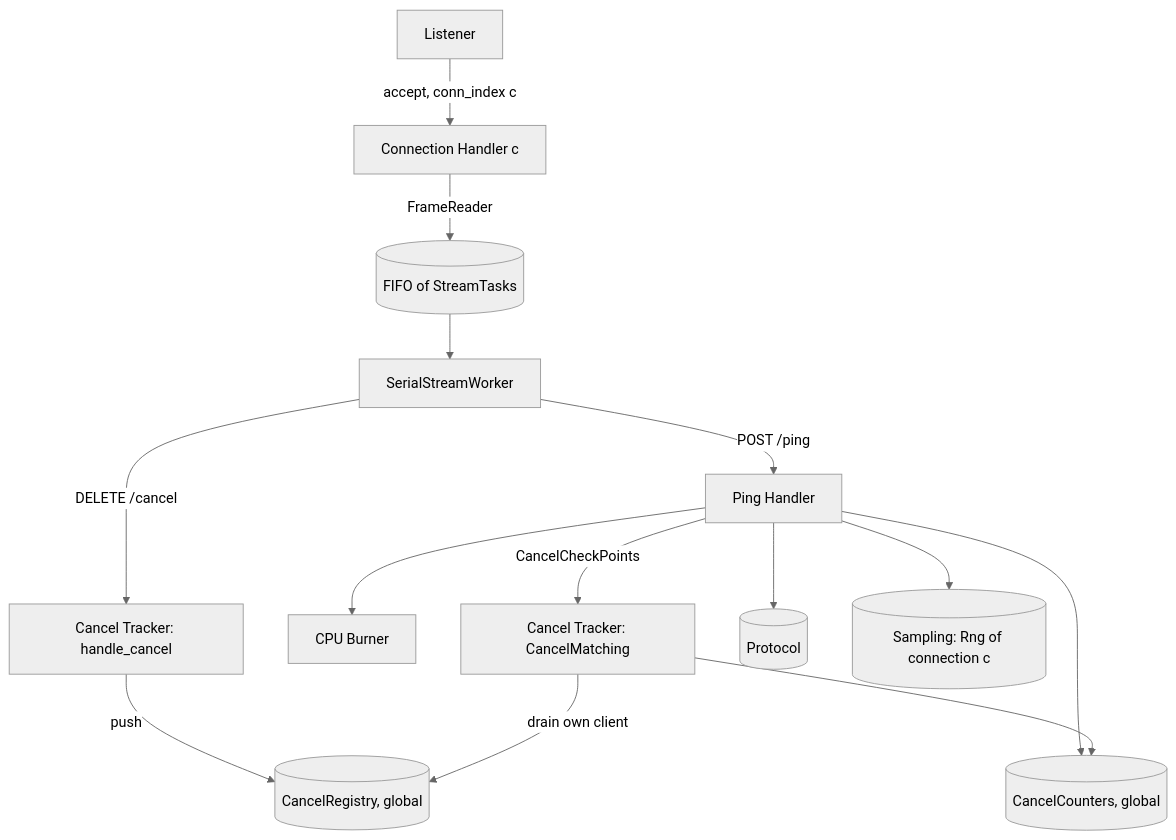
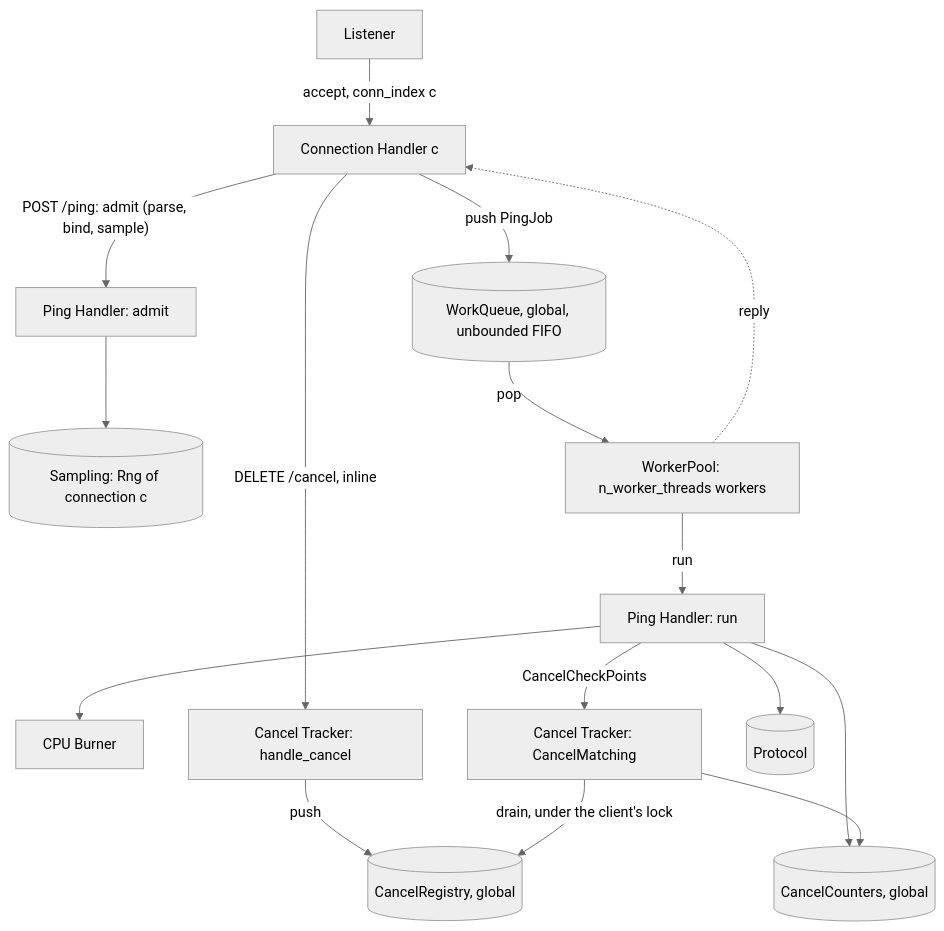
The diagram in abstraction/server/design.md (grapheo12/metastability-cancellation), drawn with Mermaid (neutral theme) before and after one commit. The commit also changed other lines of this file and 11 other files, not shown here.

First line of the commit message:
[spec] Server: shared WorkQueue and WorkerPool

````diff
--- a/abstraction/server/design.md
+++ b/abstraction/server/design.md
@@ -5,16 +5,18 @@
 ```mermaid
 flowchart TD
   L[Listener] -->|accept, conn_index c| CH[Connection Handler c]
-  CH -->|FrameReader| Q[(FIFO of StreamTasks)]
-  Q --> W[SerialStreamWorker]
-  W -->|POST /ping| PH[Ping Handler]
-  W -->|DELETE /cancel| HC[Cancel Tracker: handle_cancel]
-  PH --> CB[CPU Burner]
-  PH -->|CancelCheckPoints| CM[Cancel Tracker: CancelMatching]
+  CH -->|"POST /ping: admit (parse, bind, sample)"| PA[Ping Handler: admit]
+  PA --> S[(Sampling: Rng of connection c)]
+  CH -->|push PingJob| Q[(WorkQueue, global, unbounded FIFO)]
+  Q -->|pop| W[WorkerPool: n_worker_threads workers]
+  W -->|run| PR[Ping Handler: run]
+  PR --> CB[CPU Burner]
+  PR -->|CancelCheckPoints| CM[Cancel Tracker: CancelMatching]
+  W -.reply.-> CH
+  CH -->|"DELETE /cancel, inline"| HC[Cancel Tracker: handle_cancel]
   HC -->|push| R[(CancelRegistry, global)]
-  CM -->|drain own client| R
-  PH --> P[(Protocol)]
-  PH --> S[(Sampling: Rng of connection c)]
-  PH --> K[(CancelCounters, global)]
+  CM -->|"drain, under the client's lock"| R
+  PR --> P[(Protocol)]
+  PR --> K[(CancelCounters, global)]
   CM --> K
 ```
````
